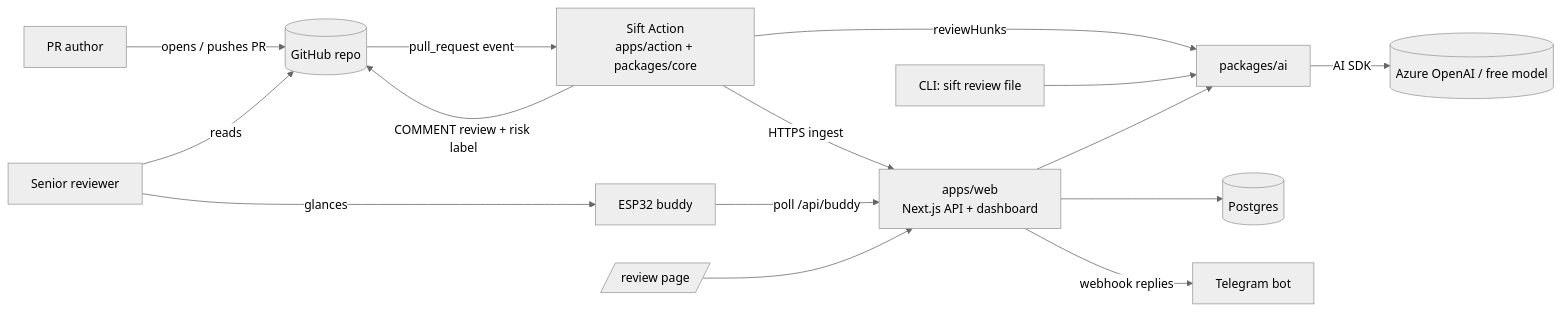
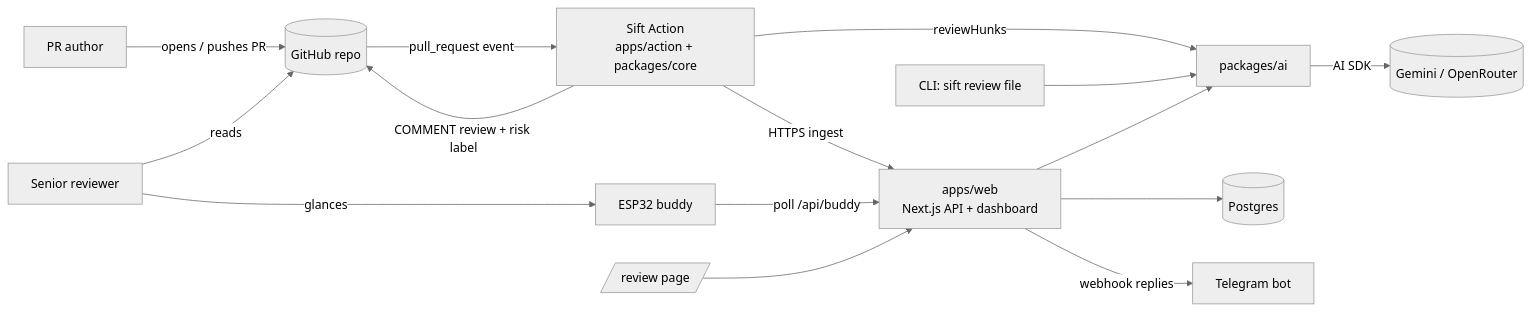
The first of 2 diagrams in docs/ARCHITECTURE.md (ydvSajal/Microsoft-me-), drawn with Mermaid (neutral theme) before and after one commit. The commit also changed 20 other files, not shown here.

````diff
--- a/docs/ARCHITECTURE.md
+++ b/docs/ARCHITECTURE.md
@@ -5,16 +5,16 @@
 ```mermaid
 flowchart LR
   Dev[PR author] -->|opens / pushes PR| GH[(GitHub repo)]
   GH -->|pull_request event| ACT[Sift Action<br/>apps/action + packages/core]
   ACT -->|reviewHunks| AI[packages/ai]
-  AI -->|AI SDK| LLM[(Azure OpenAI / free model)]
+  AI -->|AI SDK| LLM[(Gemini / OpenRouter)]
   ACT -->|COMMENT review + risk label| GH
   ACT -->|HTTPS ingest| WEB[apps/web<br/>Next.js API + dashboard]
   WEB --> DB[(Postgres)]
   WEB -->|webhook replies| TG[Telegram bot]
   BUDDY[ESP32 buddy] -->|poll /api/buddy| WEB
   CLI[CLI: sift review file] --> AI
   Paste[/review page/] --> WEB --> AI
   Senior[Senior reviewer] -->|reads| GH
   Senior -->|glances| BUDDY
 ```
````
